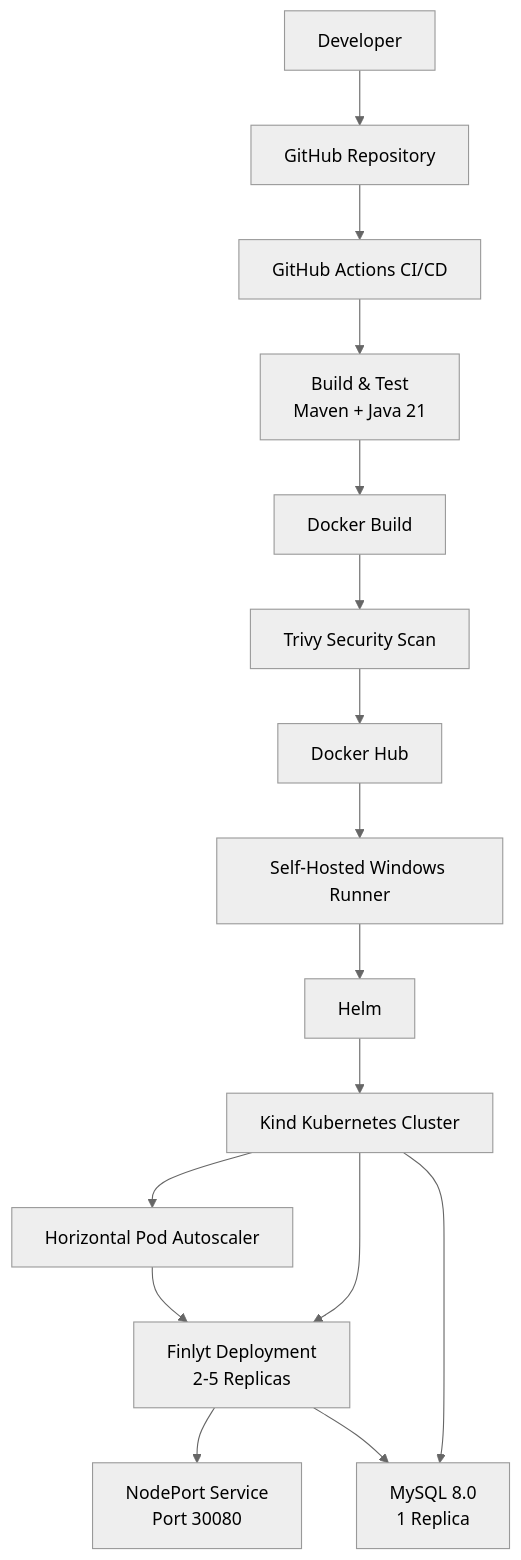
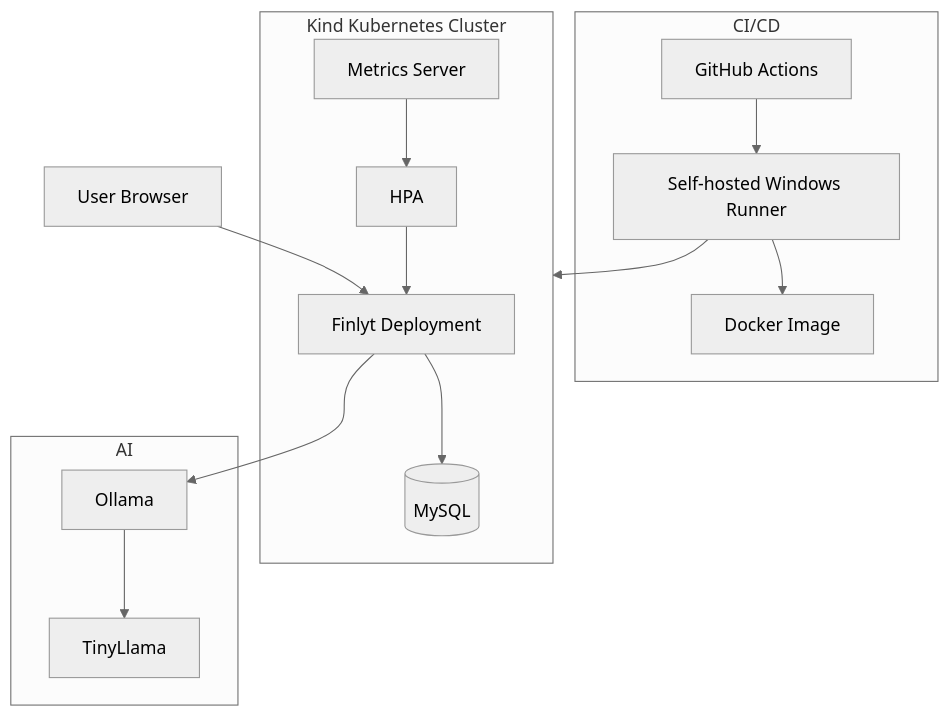
Before and after one commit to gudduhhh/Finlyt: the diagram in README.md, drawn with Mermaid (neutral theme). The commit also changed other lines of this file, not shown here.

Commit message:
Update README for current Finlyt implementation

````diff
--- a/README.md
+++ b/README.md
@@ -39,18 +34,32 @@
 ```mermaid
-flowchart TD
-    Developer[Developer] --> GitHub[GitHub Repository]
-    GitHub --> Actions[GitHub Actions CI/CD]
-    Actions --> Build[Build & Test<br/>Maven + Java 21]
-    Build --> Docker[Docker Build]
-    Docker --> Trivy[Trivy Security Scan]
-    Trivy --> DockerHub[Docker Hub]
-    DockerHub --> Runner[Self-Hosted Windows Runner]
-    Runner --> Helm[Helm]
-    Helm --> Kind[Kind Kubernetes Cluster]
-    Kind --> App[Finlyt Deployment<br/>2-5 Replicas]
-    Kind --> MySQL[MySQL 8.0<br/>1 Replica]
-    Kind --> HPA[Horizontal Pod Autoscaler]
-    App --> Service[NodePort Service<br/>Port 30080]
+graph TD
+    User[User Browser]
+
+    subgraph CI["CI/CD"]
+        GH[GitHub Actions]
+        Runner[Self-hosted Windows Runner]
+        Docker[Docker Image]
+    end
+
+    subgraph K8S["Kind Kubernetes Cluster"]
+        App[Finlyt Deployment]
+        HPA[HPA]
+        Metrics[Metrics Server]
+        MySQL[(MySQL)]
+    end
+
+    subgraph AI["AI"]
+        Ollama[Ollama]
+        Tiny[TinyLlama]
+    end
+
+    User --> App
+    GH --> Runner
+    Runner --> Docker
+    Runner --> K8S
+    HPA --> App
+    Metrics --> HPA
     App --> MySQL
-    HPA --> App
+    App --> Ollama
+    Ollama --> Tiny
 ```
````
